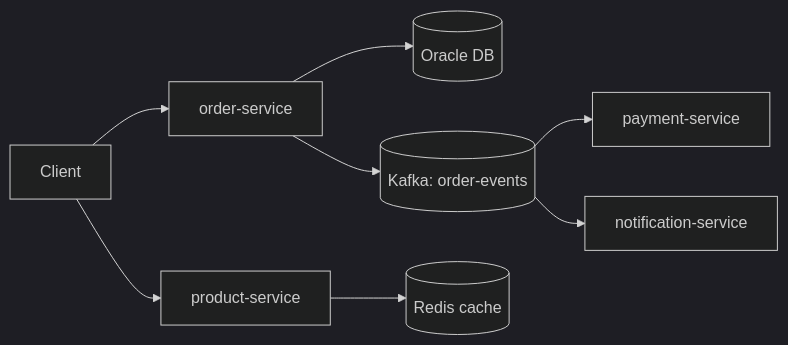
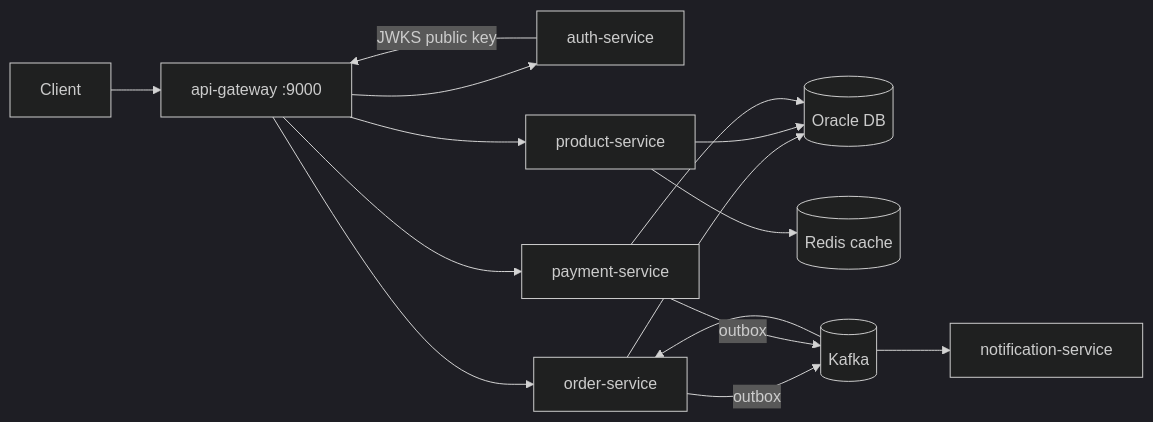
The diagram in README.md (AfifRana/sandbox), drawn with Mermaid (dark theme) before and after one commit. The commit also changed other lines of this file and 5 other files, not shown here.

````diff
--- a/README.md
+++ b/README.md
@@ -9,10 +9,17 @@
 ```mermaid
 graph LR
-    Client --> ORD[order-service]
-    Client --> PROD[product-service]
+    Client --> GW[api-gateway :9000]
+    GW --> AUTH[auth-service]
+    AUTH -->|JWKS public key| GW
+    GW --> ORD[order-service]
+    GW --> PROD[product-service]
+    GW --> PAY[payment-service]
     ORD --> O[(Oracle DB)]
+    PROD --> O
     PROD --> R[(Redis cache)]
-    ORD --> K[(Kafka: order-events)]
-    K --> PAY[payment-service]
+    PAY --> O
+    ORD -->|outbox| K[(Kafka)]
+    PAY -->|outbox| K
+    K --> ORD
     K --> NOTIF[notification-service]
 ```
````
